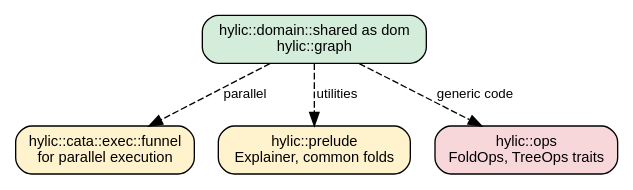
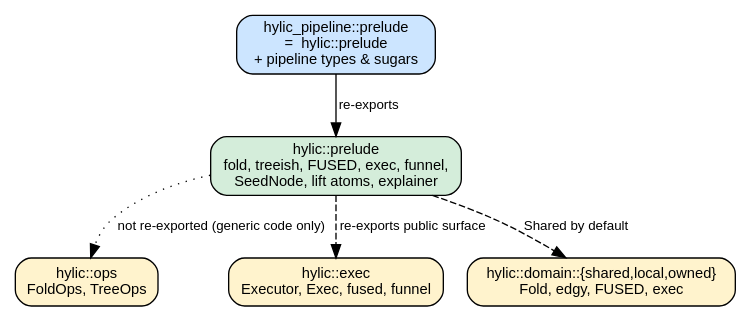
The diagram in book/src/guides/imports.md (hylic-recursion/hylic-docs), drawn with Graphviz before and after one commit. The commit also changed other lines of this file and 22 other files, not shown here.

````diff
--- a/book/src/guides/imports.md
+++ b/book/src/guides/imports.md
@@ -101,16 +109,18 @@
 ```dot process
 digraph {
     rankdir=TB;
     node [shape=box, style="rounded,filled", fillcolor="#f5f5f5", fontname="sans-serif", fontsize=11];
     edge [fontname="sans-serif", fontsize=10];
 
-    core [label="hylic::domain::shared as dom\nhylic::graph", fillcolor="#d4edda"];
-    funnel [label="hylic::cata::exec::funnel\nfor parallel execution", fillcolor="#fff3cd"];
-    prelude [label="hylic::prelude\nExplainer, common folds", fillcolor="#fff3cd"];
-    ops [label="hylic::ops\nFoldOps, TreeOps traits", fillcolor="#f8d7da"];
+    prelude [label="hylic::prelude\nfold, treeish, FUSED, exec, funnel,\nSeedNode, lift atoms, explainer", fillcolor="#d4edda"];
+    pp      [label="hylic_pipeline::prelude\n=  hylic::prelude\n + pipeline types & sugars",   fillcolor="#cce5ff"];
+    ops     [label="hylic::ops\nFoldOps, TreeOps", fillcolor="#fff3cd"];
+    exec    [label="hylic::exec\nExecutor, Exec, fused, funnel", fillcolor="#fff3cd"];
+    dom     [label="hylic::domain::{shared,local,owned}\nFold, edgy, FUSED, exec", fillcolor="#fff3cd"];
 
-    core -> funnel [label="parallel", style=dashed];
-    core -> prelude [label="utilities", style=dashed];
-    core -> ops [label="generic code", style=dashed];
+    pp -> prelude [label="re-exports"];
+    prelude -> exec [label="re-exports public surface", style=dashed];
+    prelude -> dom  [label="Shared by default", style=dashed];
+    prelude -> ops  [label="not re-exported (generic code only)", style=dotted];
 }
 ```
````
